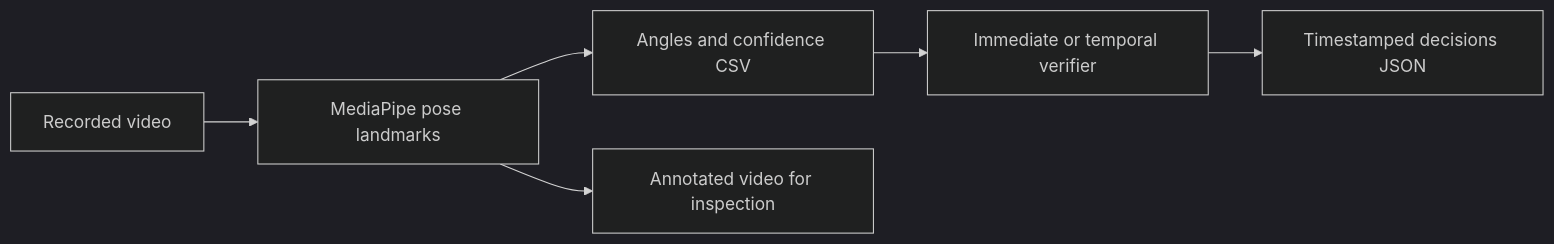
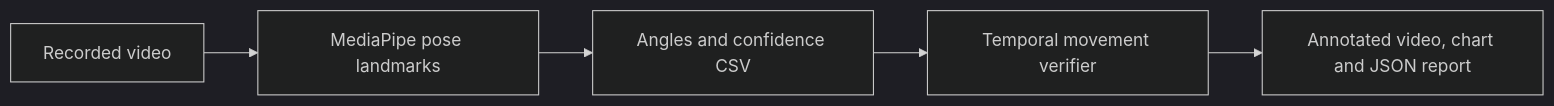
The first of 2 diagrams in README.md (mdsmith44/pushup-verifier), drawn with Mermaid (dark theme) before and after one commit. The commit also changed other lines of this file and 22 other files, not shown here.

````diff
--- a/README.md
+++ b/README.md
@@ -36,8 +32,7 @@
 ```mermaid
 flowchart LR
-    A[Recorded video] --> B[MediaPipe pose landmarks]
-    B --> C[Angles and confidence CSV]
-    C --> D[Immediate or temporal verifier]
-    D --> E[Timestamped decisions JSON]
-    B --> F[Annotated video for inspection]
+    Video[Recorded video] --> Pose[MediaPipe pose landmarks]
+    Pose --> Measurements[Angles and confidence CSV]
+    Measurements --> Verifier[Temporal movement verifier]
+    Verifier --> Results[Annotated video, chart and JSON report]
 ```
````
